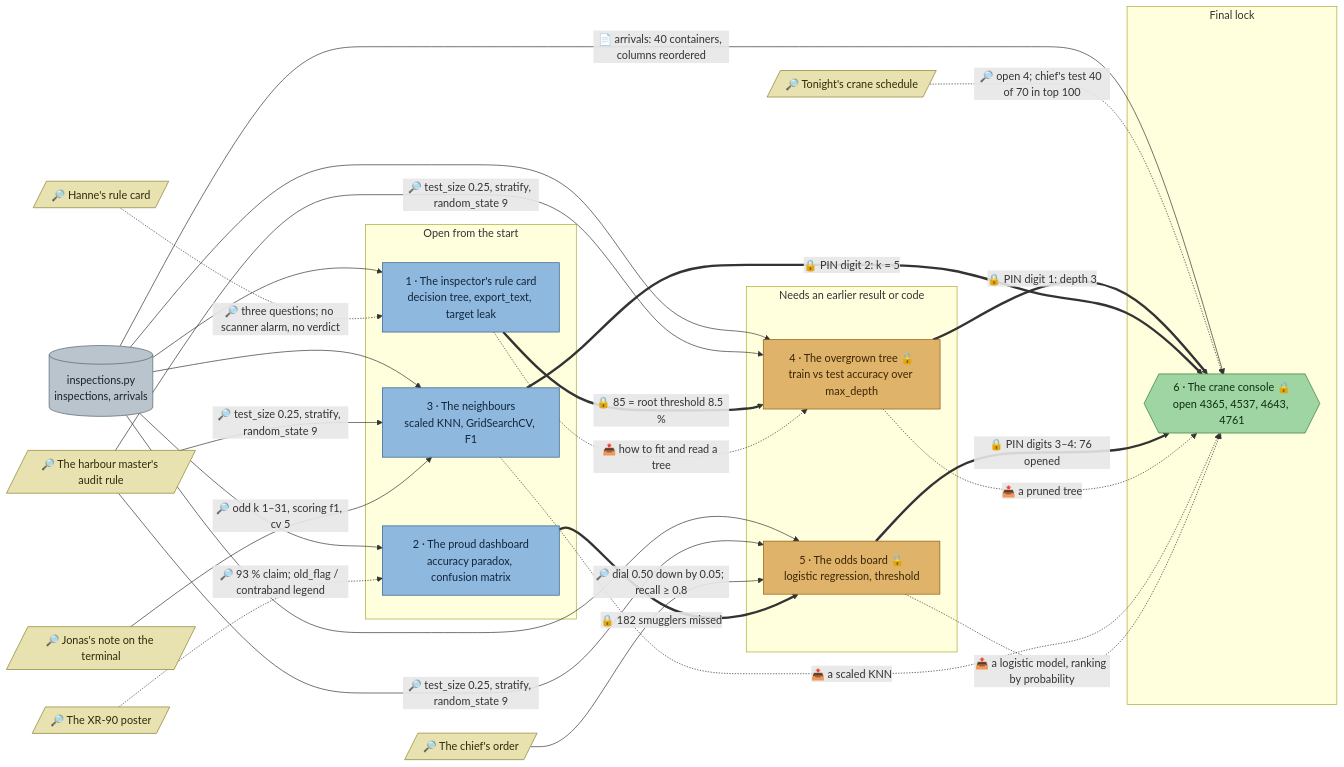
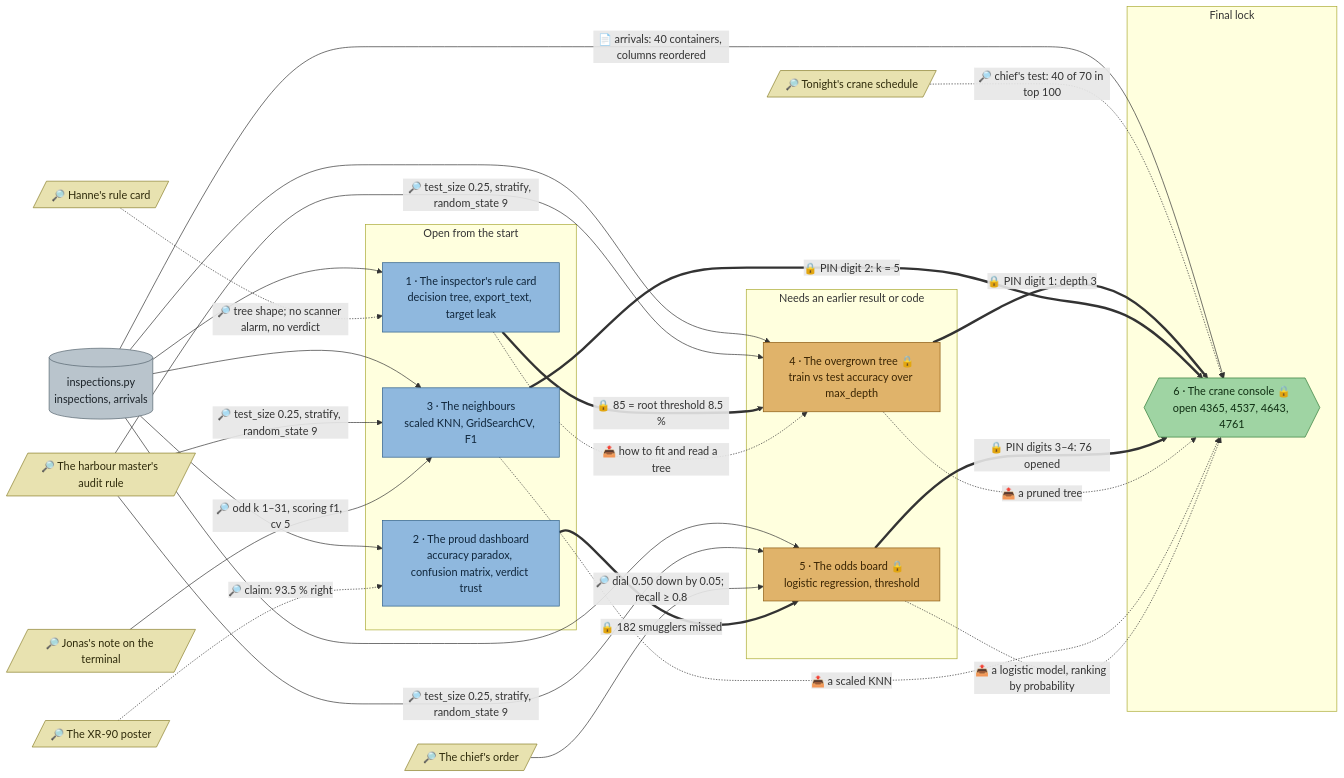
The diagram in docs/flows/ml-customs.md (mhoffmann-wbs/DataScienceEscapeRooms), drawn with Mermaid before and after one commit. The commit also changed other lines of this file and 21 other files, not shown here.

Commit message:
Seed Bank, Pier 9, Going Once, second review: clue pointers only in hints, checked verdicts instead of open questions, handbook examples no longer match clue values

````diff
--- a/docs/flows/ml-customs.md
+++ b/docs/flows/ml-customs.md
@@ -5,63 +5,63 @@
 ```mermaid
 flowchart LR
   inspectorcard[/"🔎 Hanne's rule card"/]
   xr90poster[/"🔎 The XR-90 poster"/]
   auditrule[/"🔎 The harbour master's audit rule"/]
   jonasnote[/"🔎 Jonas's note on the terminal"/]
   chieforder[/"🔎 The chief's order"/]
   craneschedule[/"🔎 Tonight's crane schedule"/]
 
   d_all[("inspections.py<br/>inspections, arrivals")]
 
   subgraph p1["Open from the start"]
     rules["1 · The inspector's rule card<br/>decision tree, export_text, target leak"]
-    dashboard["2 · The proud dashboard<br/>accuracy paradox, confusion matrix"]
+    dashboard["2 · The proud dashboard<br/>accuracy paradox, confusion matrix, verdict trust"]
     neighbours["3 · The neighbours<br/>scaled KNN, GridSearchCV, F1"]
   end
 
   subgraph p2["Needs an earlier result or code"]
     pruning["4 · The overgrown tree 🔒<br/>train vs test accuracy over max_depth"]
     odds["5 · The odds board 🔒<br/>logistic regression, threshold"]
   end
 
   subgraph p3["Final lock"]
     arrivals{{"6 · The crane console 🔒<br/>open 4365, 4537, 4643, 4761"}}
   end
 
   d_all --> rules
   d_all --> dashboard
   d_all --> neighbours
   d_all --> pruning
   d_all --> odds
   d_all -->|"📄 arrivals: 40 containers, columns reordered"| arrivals
 
-  inspectorcard -.->|"🔎 three questions; no scanner alarm, no verdict"| rules
-  xr90poster -.->|"🔎 93 % claim; old_flag / contraband legend"| dashboard
+  inspectorcard -.->|"🔎 tree shape; no scanner alarm, no verdict"| rules
+  xr90poster -.->|"🔎 claim: 93.5 % right"| dashboard
   auditrule -->|"🔎 test_size 0.25, stratify, random_state 9"| neighbours
   auditrule -->|"🔎 test_size 0.25, stratify, random_state 9"| pruning
   auditrule -->|"🔎 test_size 0.25, stratify, random_state 9"| odds
   jonasnote -->|"🔎 odd k 1–31, scoring f1, cv 5"| neighbours
   chieforder -->|"🔎 dial 0.50 down by 0.05; recall ≥ 0.8"| odds
-  craneschedule -.->|"🔎 open 4; chief's test 40 of 70 in top 100"| arrivals
+  craneschedule -.->|"🔎 chief's test: 40 of 70 in top 100"| arrivals
 
   rules ==>|"🔒 85 = root threshold 8.5 %"| pruning
   rules -.->|"📤 how to fit and read a tree"| pruning
   dashboard ==>|"🔒 182 smugglers missed"| odds
   pruning ==>|"🔒 PIN digit 1: depth 3"| arrivals
   neighbours ==>|"🔒 PIN digit 2: k = 5"| arrivals
   odds ==>|"🔒 PIN digits 3–4: 76 opened"| arrivals
   pruning -.->|"📤 a pruned tree"| arrivals
   neighbours -.->|"📤 a scaled KNN"| arrivals
   odds -.->|"📤 a logistic model, ranking by probability"| arrivals
 
   classDef station fill:#8fb8de,stroke:#2b5d8a,color:#10263b
   classDef locked fill:#e0b36a,stroke:#8a5a12,color:#3a2504
   classDef clue fill:#e8e2b0,stroke:#8a7f2b,color:#2e2a0b
   classDef data fill:#b9c4cc,stroke:#55636e,color:#1c2329
   classDef final fill:#9fd4a3,stroke:#2f7a36,color:#0f2e12
   class rules,dashboard,neighbours station
   class pruning,odds locked
   class inspectorcard,xr90poster,auditrule,jonasnote,chieforder,craneschedule clue
   class d_all data
   class arrivals final
 ```
````
